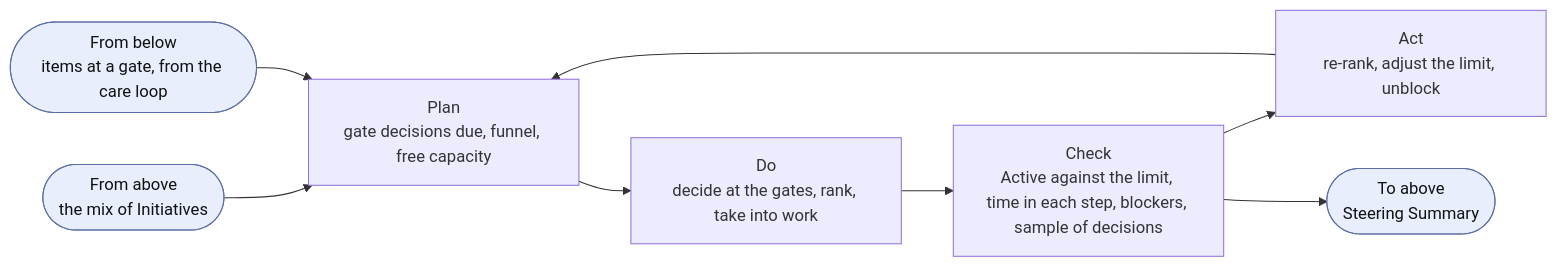
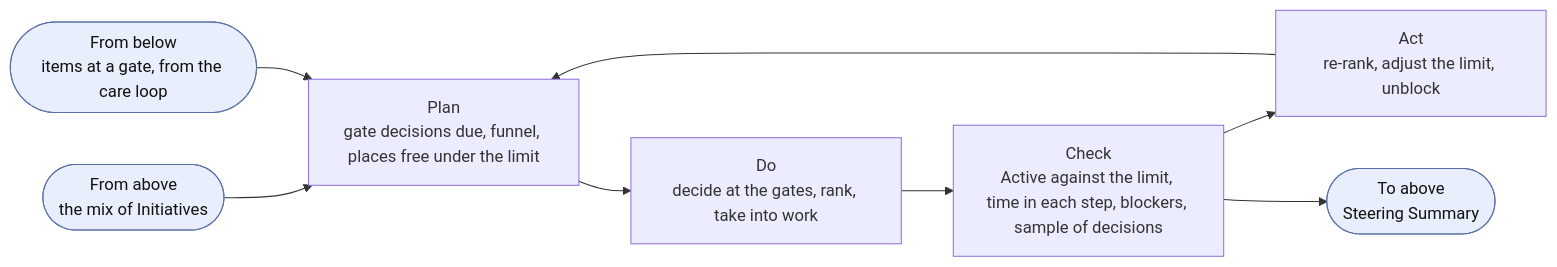
Before and after one commit to devhogu/ob-aicc: the third of 8 diagrams in charter/documents/portfolio-management-model.md, drawn with Mermaid. The commit also changed other lines of this file and 690 other files, not shown here.

First line of the commit message:
Charter baseline 1.0, templates and registry at baseline, and the charter site generated from the charter (DR-2026-060, DR-2026-061)

````diff
--- a/charter/documents/portfolio-management-model.md
+++ b/charter/documents/portfolio-management-model.md
@@ -91,8 +91,8 @@
 ```mermaid
 flowchart LR
   IN(["From above<br/>the mix of Initiatives"]):::iface --> P
-  P["Plan<br/>gate decisions due, funnel, free capacity"] --> D["Do<br/>decide at the gates, rank, take into work"] --> C["Check<br/>Active against the limit, time in each step, blockers, sample of decisions"] --> A["Act<br/>re-rank, adjust the limit, unblock"] --> P
+  P["Plan<br/>gate decisions due, funnel, places free under the limit"] --> D["Do<br/>decide at the gates, rank, take into work"] --> C["Check<br/>Active against the limit, time in each step, blockers, sample of decisions"] --> A["Act<br/>re-rank, adjust the limit, unblock"] --> P
   EV(["From below<br/>items at a gate, from the care loop"]):::iface --> P
   C --> UP(["To above<br/>Steering Summary"]):::iface
   classDef iface fill:#e8eefc,stroke:#5a6fa8,color:#111
 ```
````
